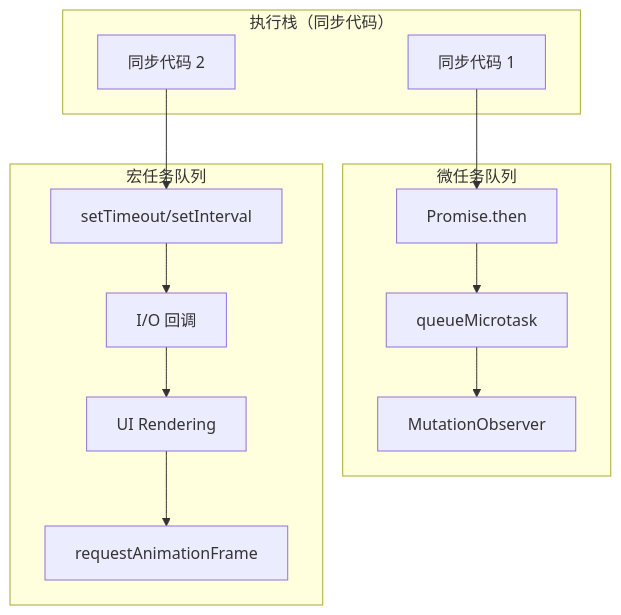
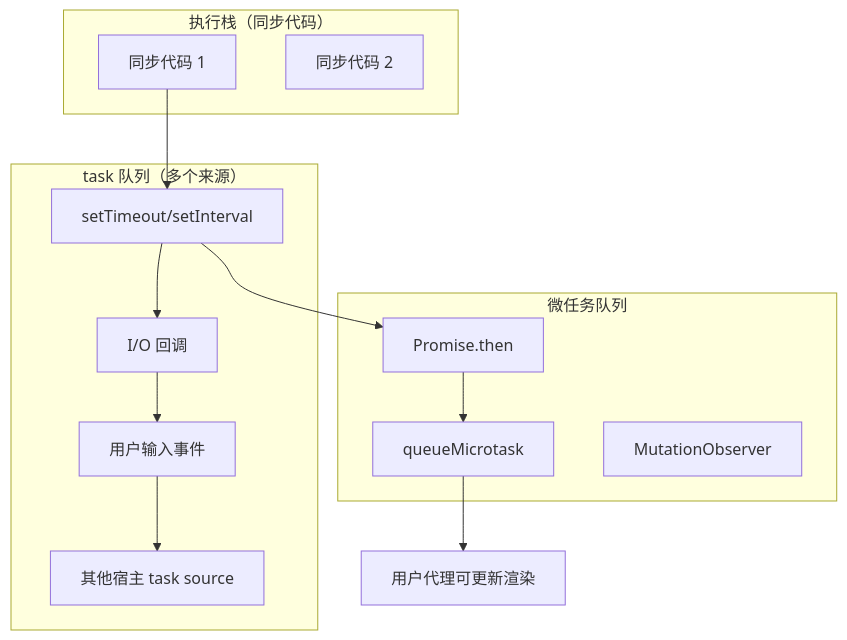
One commit to Shyu-x/frontend-interview changed the first of 2 diagrams in docs/js/event-loop.md. Above: the diagram before and after it, drawn with Mermaid. The commit also changed other lines of this file and 132 other files, not shown here.

````diff
--- a/docs/js/event-loop.md
+++ b/docs/js/event-loop.md
@@ -18,20 +43,21 @@
 ```mermaid
 flowchart TB
     subgraph 执行栈["执行栈（同步代码）"]
         S1["同步代码 1"]
         S2["同步代码 2"]
     end
     subgraph 微任务["微任务队列"]
         M1["Promise.then"]
         M2["queueMicrotask"]
         M3["MutationObserver"]
     end
-    subgraph 宏任务["宏任务队列"]
+    subgraph tasks["task 队列（多个来源）"]
         T1["setTimeout/setInterval"]
         T2["I/O 回调"]
-        T3["UI Rendering"]
-        T4["requestAnimationFrame"]
+        T3["用户输入事件"]
+        T4["其他宿主 task source"]
     end
-    S1 --> M1 --> M2 --> M3
-    S2 --> T1 --> T2 --> T3 --> T4
+    S1 --> T1 --> M1 --> M2
+    T1 --> T2 --> T3 --> T4
+    M2 --> R["用户代理可更新渲染"]
 ```
````
